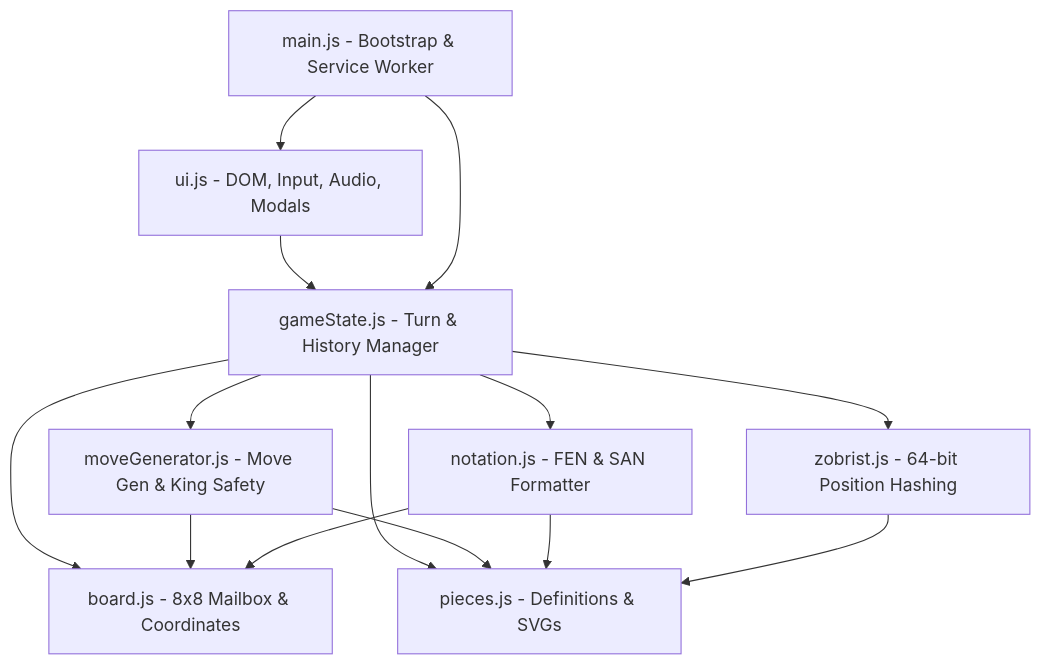
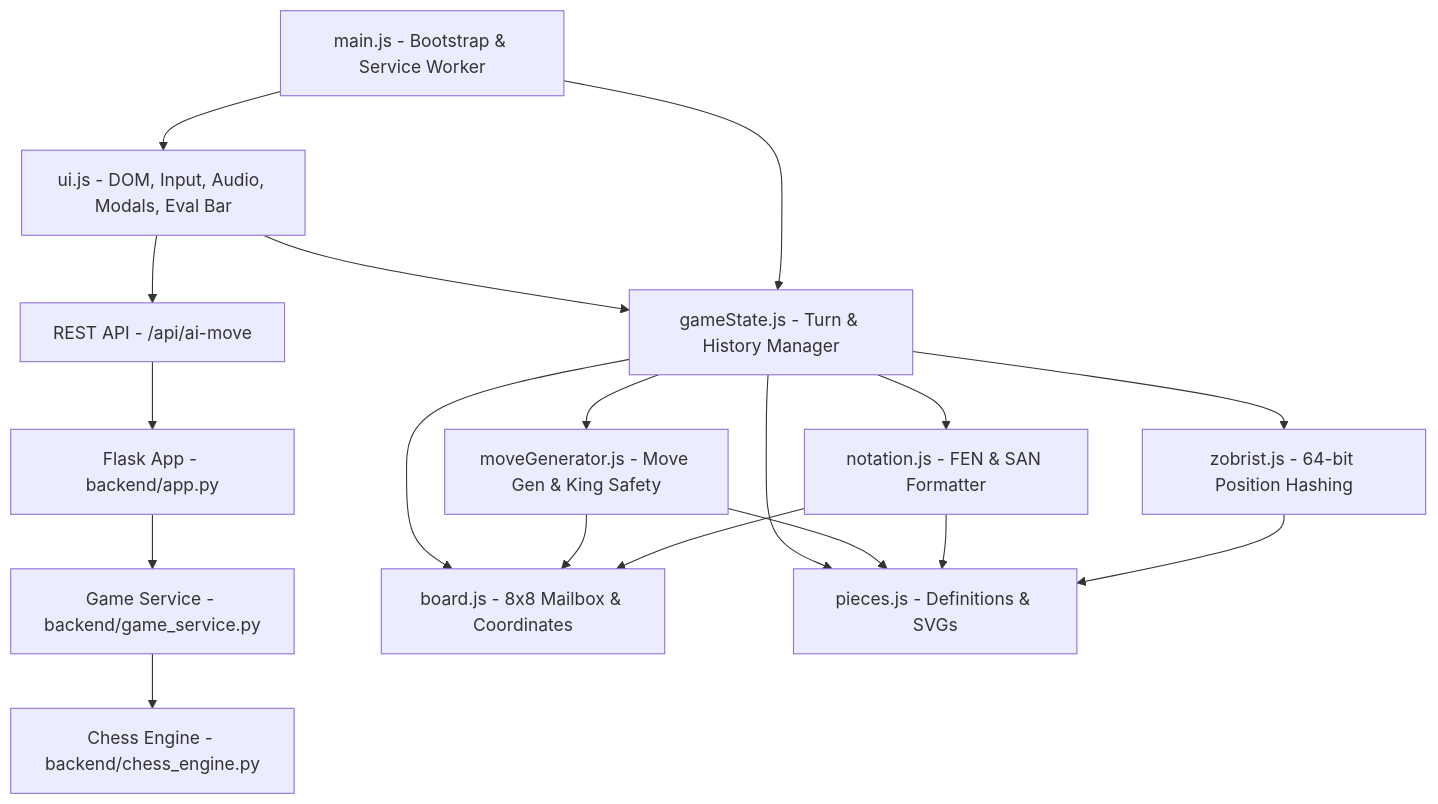
One commit to Codewithjainam7/Chess-Game changed the diagram in docs/ARCHITECTURE.md. Above: the diagram before and after it, drawn with Mermaid. The commit also changed other lines of this file and 7 other files, not shown here.

Commit message:
feat: real-time live evaluation bar, neural thinking gauge, floating action dock, and exhaustive REST API documentation

````diff
--- a/docs/ARCHITECTURE.md
+++ b/docs/ARCHITECTURE.md
@@ -18,16 +19,20 @@
 ```mermaid
 graph TD
-    UI[ui.js - DOM, Input, Audio, Modals] --> GameState[gameState.js - Turn & History Manager]
+    UI[ui.js - DOM, Input, Audio, Modals, Eval Bar] --> PyAPI[REST API - /api/ai-move]
+    UI --> GameState[gameState.js - Turn & History Manager]
     Main[main.js - Bootstrap & Service Worker] --> GameState
     Main --> UI
+    PyAPI --> Flask[Flask App - backend/app.py]
+    Flask --> PyService[Game Service - backend/game_service.py]
+    PyService --> PyEngine[Chess Engine - backend/chess_engine.py]
     GameState --> MoveGen[moveGenerator.js - Move Gen & King Safety]
     GameState --> Zobrist[zobrist.js - 64-bit Position Hashing]
     GameState --> Notation[notation.js - FEN & SAN Formatter]
     GameState --> Board[board.js - 8x8 Mailbox & Coordinates]
     GameState --> Pieces[pieces.js - Definitions & SVGs]
     MoveGen --> Board
     MoveGen --> Pieces
     Notation --> Board
     Notation --> Pieces
     Zobrist --> Pieces
 ```
````
